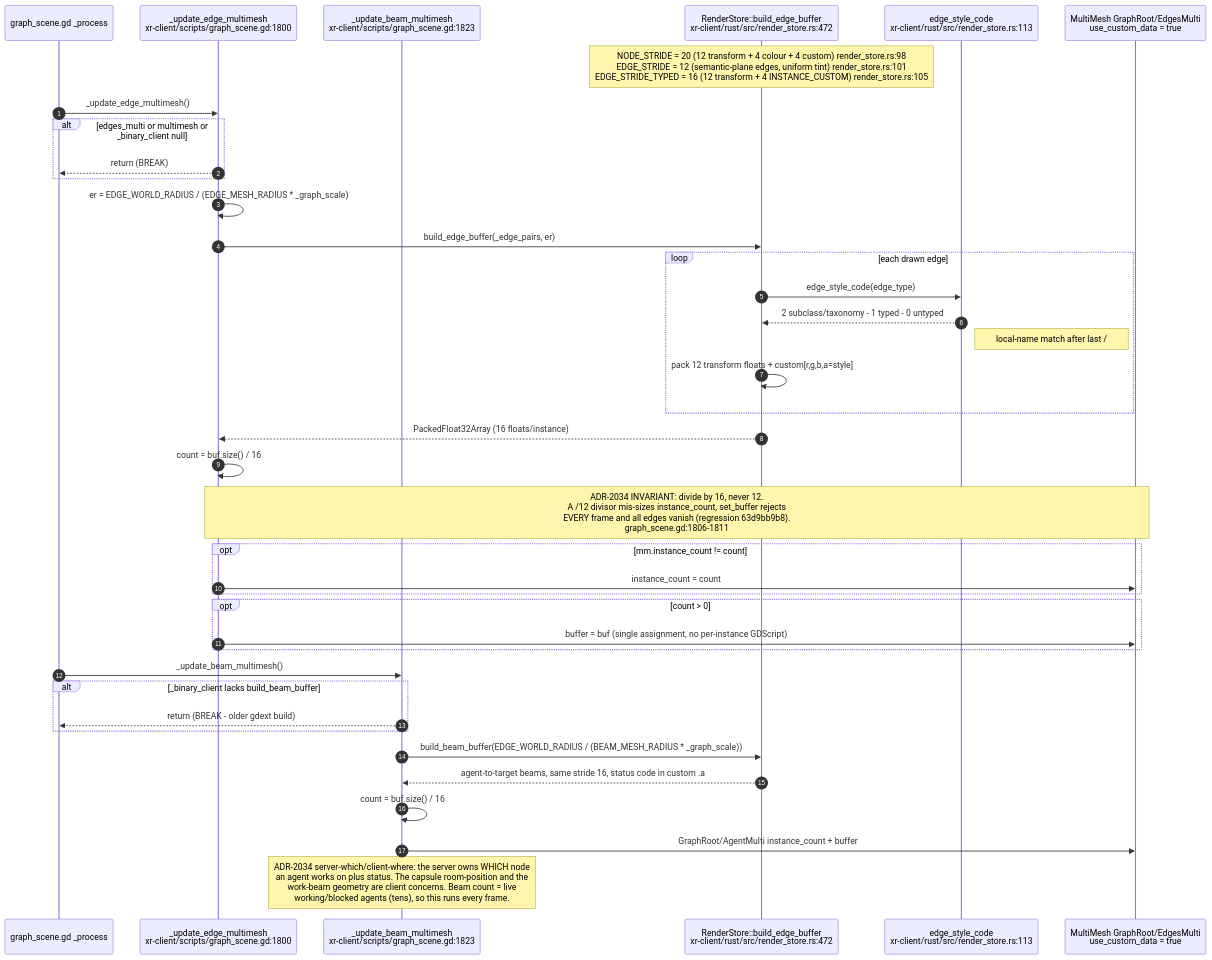
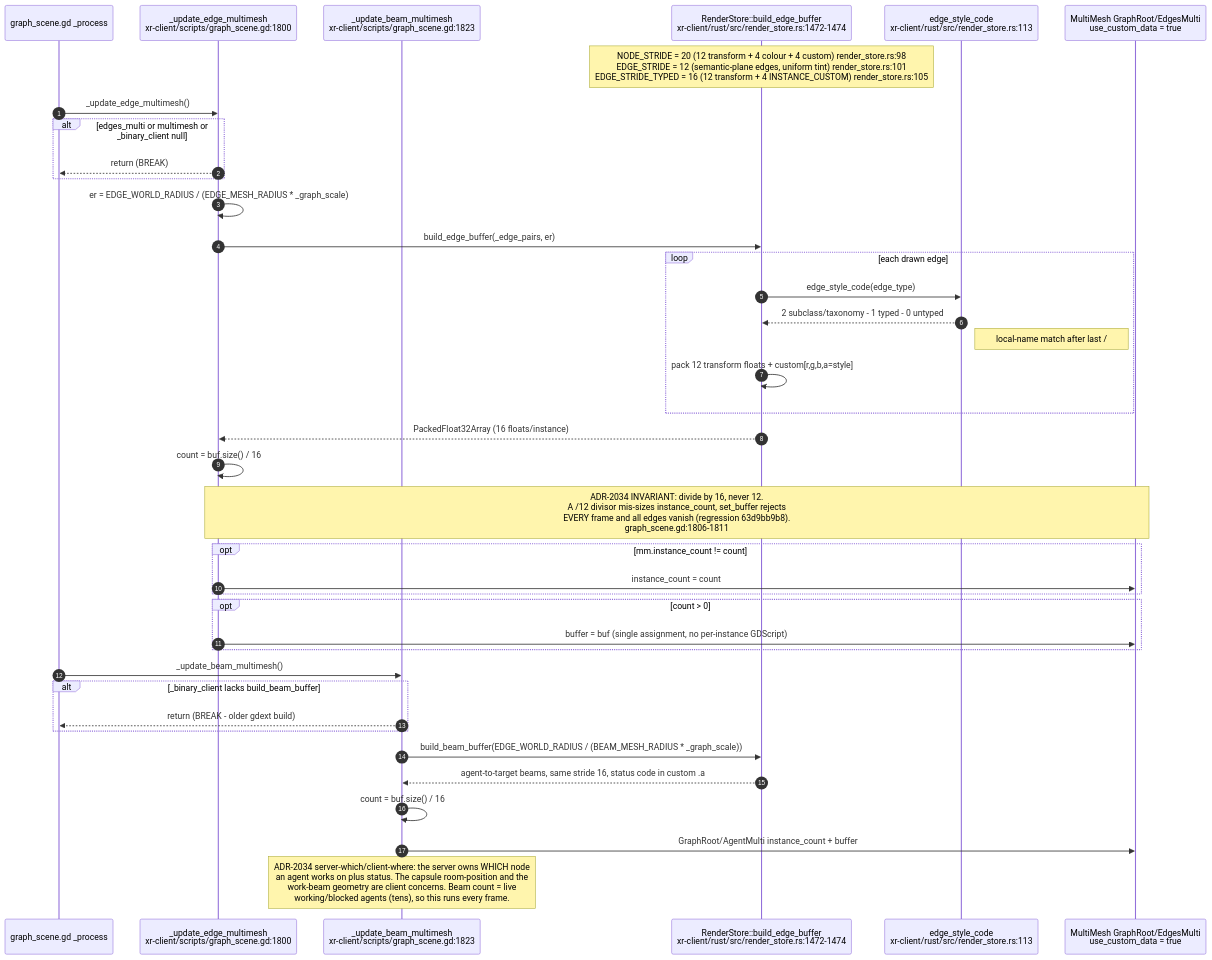
One commit to DreamLab-AI/AR-AI-Knowledge-Graph changed the seventh of 18 diagrams in docs/diagrams/visionclaw/36-godot-xr-client.md. Above: the diagram before and after it, drawn with Mermaid. The commit also changed other lines of this file and 36 other files, not shown here.

````diff
--- a/docs/diagrams/visionclaw/36-godot-xr-client.md
+++ b/docs/diagrams/visionclaw/36-godot-xr-client.md
@@ -322,42 +322,42 @@
 ```mermaid
 sequenceDiagram
     autonumber
     participant GD as graph_scene.gd _process
     participant UE as _update_edge_multimesh<br/>xr-client/scripts/graph_scene.gd:1800
     participant UB as _update_beam_multimesh<br/>xr-client/scripts/graph_scene.gd:1823
-    participant RS as RenderStore::build_edge_buffer<br/>xr-client/rust/src/render_store.rs:472
+    participant RS as RenderStore::build_edge_buffer<br/>xr-client/rust/src/render_store.rs:1472-1474
     participant SC as edge_style_code<br/>xr-client/rust/src/render_store.rs:113
     participant MM as MultiMesh GraphRoot/EdgesMulti<br/>use_custom_data = true
 
     Note over RS: NODE_STRIDE = 20 (12 transform + 4 colour + 4 custom) render_store.rs:98<br/>EDGE_STRIDE = 12 (semantic-plane edges, uniform tint) render_store.rs:101<br/>EDGE_STRIDE_TYPED = 16 (12 transform + 4 INSTANCE_CUSTOM) render_store.rs:105
     GD->>UE: _update_edge_multimesh()
     alt edges_multi or multimesh or _binary_client null
         UE-->>GD: return (BREAK)
     end
     UE->>UE: er = EDGE_WORLD_RADIUS / (EDGE_MESH_RADIUS * _graph_scale)
     UE->>RS: build_edge_buffer(_edge_pairs, er)
     loop each drawn edge
         RS->>SC: edge_style_code(edge_type)
         SC-->>RS: 2 subclass/taxonomy - 1 typed - 0 untyped
         Note right of SC: local-name match after last / # or :<br/>case-insensitive render_store.rs:107-115
         RS->>RS: pack 12 transform floats + custom[r,g,b,a=style]
     end
     RS-->>UE: PackedFloat32Array (16 floats/instance)
     UE->>UE: count = buf.size() / 16
     Note over UE,MM: ADR-2034 INVARIANT: divide by 16, never 12.<br/>A /12 divisor mis-sizes instance_count, set_buffer rejects<br/>EVERY frame and all edges vanish (regression 63d9bb9b8).<br/>graph_scene.gd:1806-1811
     opt mm.instance_count != count
         UE->>MM: instance_count = count
     end
     opt count > 0
         UE->>MM: buffer = buf (single assignment, no per-instance GDScript)
     end
     GD->>UB: _update_beam_multimesh()
     alt _binary_client lacks build_beam_buffer
         UB-->>GD: return (BREAK - older gdext build)
     end
     UB->>RS: build_beam_buffer(EDGE_WORLD_RADIUS / (BEAM_MESH_RADIUS * _graph_scale))
     RS-->>UB: agent-to-target beams, same stride 16, status code in custom .a
     UB->>UB: count = buf.size() / 16
     UB->>MM: GraphRoot/AgentMulti instance_count + buffer
     Note over UB: ADR-2034 server-which/client-where: the server owns WHICH node<br/>an agent works on plus status. The capsule room-position and the<br/>work-beam geometry are client concerns. Beam count = live<br/>working/blocked agents (tens), so this runs every frame.
 ```
````
